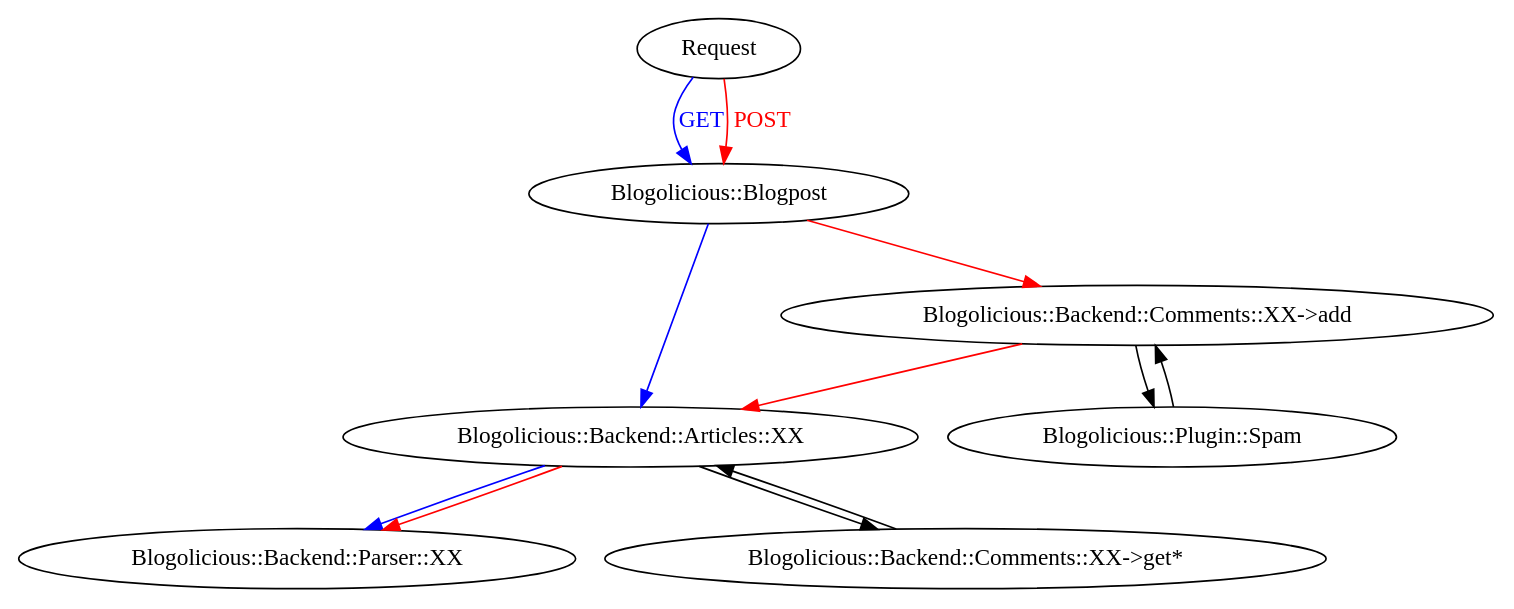
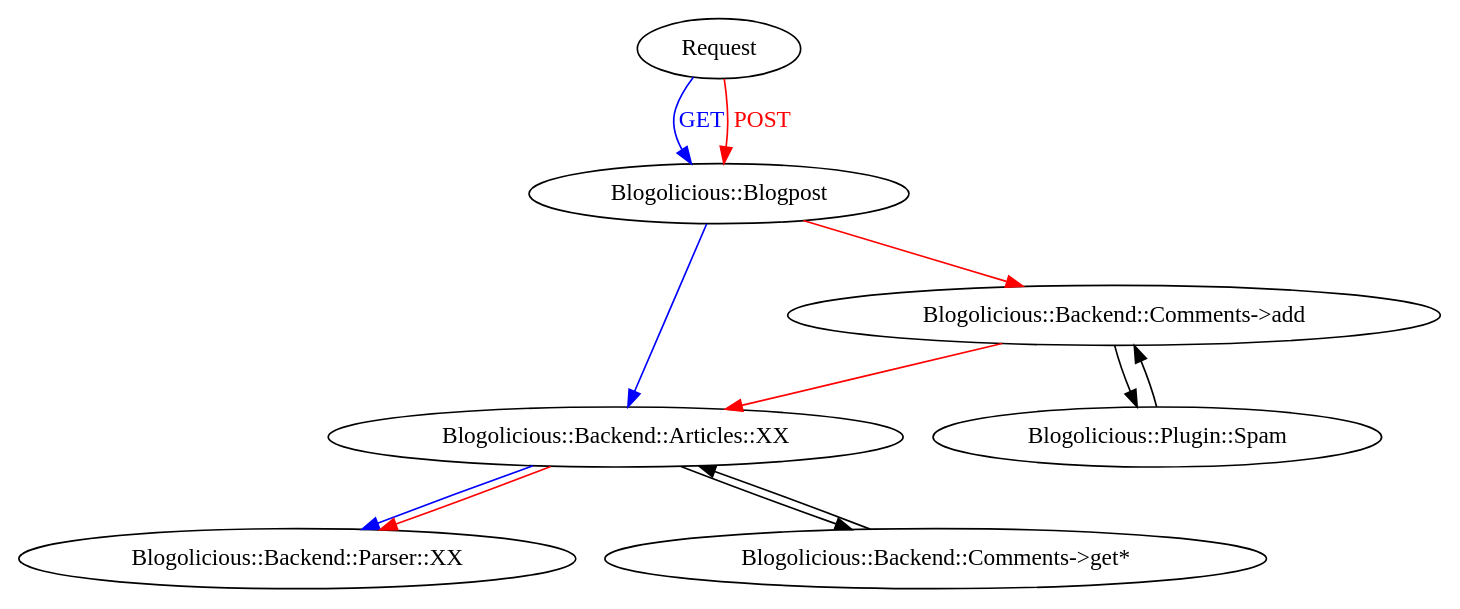
One commit to XANi/blogolicious changed the diagram in doc/blogpost-comment-flow.dot. Above: the diagram before and after it, drawn with Graphviz. The commit also changed 2 other files, not shown here.

Commit message:
document reworked comments backend interface

```diff
--- a/doc/blogpost-comment-flow.dot
+++ b/doc/blogpost-comment-flow.dot
@@ -1,20 +1,20 @@
 digraph {
     request [label="Request"];
     blogpost [label="Blogolicious::Blogpost"];
     spam_filter [label="Blogolicious::Plugin::Spam"]
     entry_backend [label="Blogolicious::Backend::Articles::XX"];
     renderer [label="Blogolicious::Backend::Parser::XX"];
-    comment_backend_add [label="Blogolicious::Backend::Comments::XX->add"];
-    comment_backend_get [label="Blogolicious::Backend::Comments::XX->get*"];
+    comment_backend_add [label="Blogolicious::Backend::Comments->add"];
+    comment_backend_get [label="Blogolicious::Backend::Comments->get*"];
     request ->  blogpost [label="GET", fontcolor="#0000FF", color="#0000FF"];
     request ->  blogpost [label="POST", fontcolor="#FF0000", color="#FF0000"];
     blogpost -> entry_backend -> renderer [color="#0000FF"];
     blogpost -> comment_backend_add -> entry_backend -> renderer [color="#ff0000"];
 
     entry_backend -> comment_backend_get;
     comment_backend_get -> entry_backend;
 
     spam_filter -> comment_backend_add;
     comment_backend_add -> spam_filter;
 
 }
```
